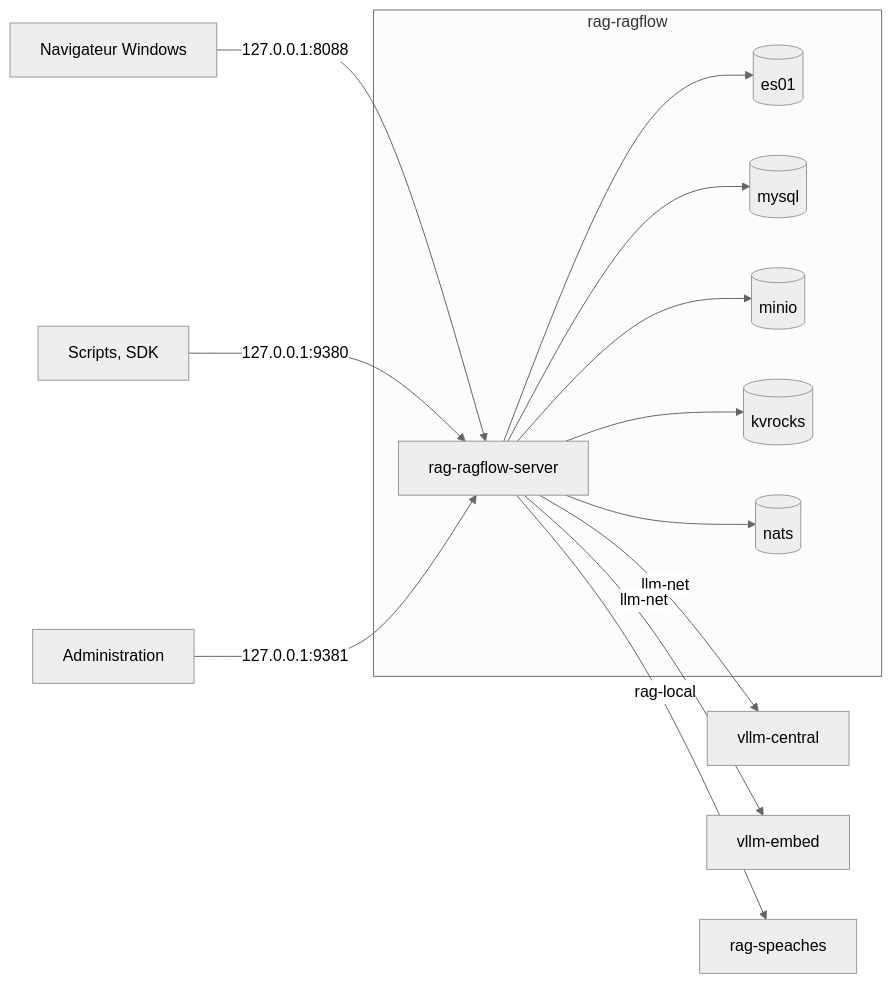
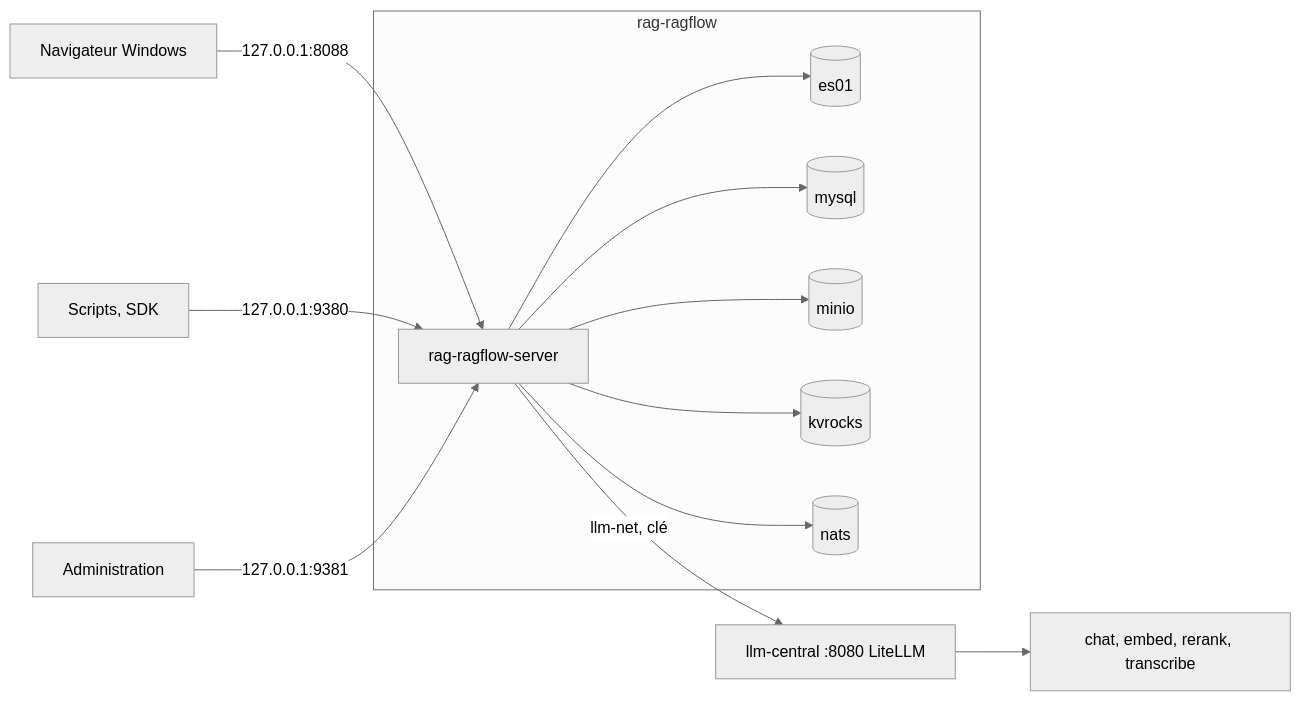
One commit to floSa/RAGFlow-Test-Bench changed the diagram in README.md. Above: the diagram before and after it, drawn with Mermaid (neutral theme). The commit also changed other lines of this file and 2 other files, not shown here.

Commit message:
Documentation : bascule vers le service LLM central (README, annexe A7) et journal d'essai réel

````diff
--- a/README.md
+++ b/README.md
@@ -94,16 +93,15 @@
 ```mermaid
 flowchart LR
   N[Navigateur Windows] -->|127.0.0.1:8088| S[rag-ragflow-server]
   P[Scripts, SDK] -->|127.0.0.1:9380| S
   A[Administration] -->|127.0.0.1:9381| S
   subgraph rag-ragflow
     S --> E[(es01)]
     S --> M[(mysql)]
     S --> O[(minio)]
     S --> K[(kvrocks)]
     S --> Q[(nats)]
   end
-  S -->|llm-net| V[vllm-central]
-  S -->|llm-net| W[vllm-embed]
-  S -->|rag-local| X[rag-speaches]
+  S -->|llm-net, clé| V[llm-central :8080 LiteLLM]
+  V --> V1[chat, embed, rerank, transcribe]
 ```
````
